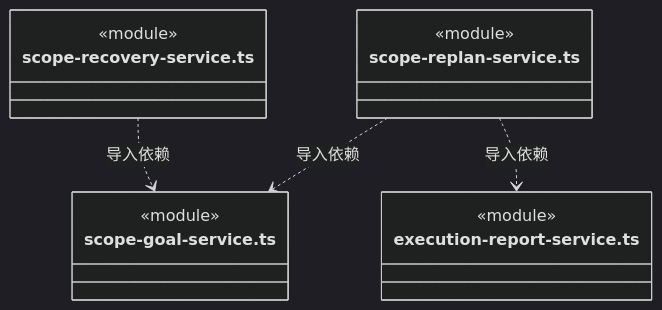
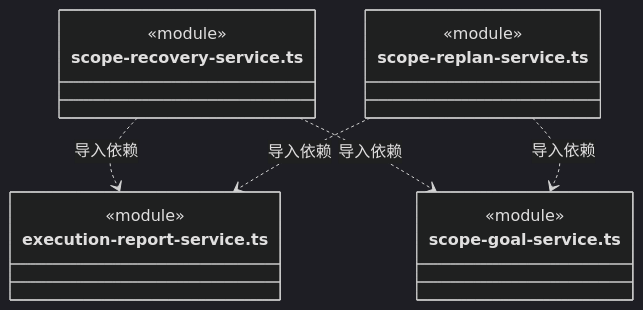
Diagram 37 of 40 in src/backend/scheduler-engine/execution/ARCHITECTURE.md (nan023062/cbim), drawn with Mermaid (dark theme) before and after one commit. The commit also changed other lines of this file and 46 other files, not shown here.

````diff
--- a/src/backend/scheduler-engine/execution/ARCHITECTURE.md
+++ b/src/backend/scheduler-engine/execution/ARCHITECTURE.md
@@ -986,18 +1007,19 @@
 ```mermaid
 classDiagram
 class N_src_backend_scheduler_engine_execution_scope_recovery_service_ts["scope-recovery-service.ts"] {
+  <<module>>
+}
+class N_src_backend_scheduler_engine_execution_execution_report_service_ts["execution-report-service.ts"] {
   <<module>>
 }
 class N_src_backend_scheduler_engine_execution_scope_goal_service_ts["scope-goal-service.ts"] {
   <<module>>
 }
 class N_src_backend_scheduler_engine_execution_scope_replan_service_ts["scope-replan-service.ts"] {
   <<module>>
 }
-class N_src_backend_scheduler_engine_execution_execution_report_service_ts["execution-report-service.ts"] {
-  <<module>>
-}
+N_src_backend_scheduler_engine_execution_scope_recovery_service_ts ..> N_src_backend_scheduler_engine_execution_execution_report_service_ts : 导入依赖
 N_src_backend_scheduler_engine_execution_scope_recovery_service_ts ..> N_src_backend_scheduler_engine_execution_scope_goal_service_ts : 导入依赖
 N_src_backend_scheduler_engine_execution_scope_replan_service_ts ..> N_src_backend_scheduler_engine_execution_scope_goal_service_ts : 导入依赖
 N_src_backend_scheduler_engine_execution_scope_replan_service_ts ..> N_src_backend_scheduler_engine_execution_execution_report_service_ts : 导入依赖
 ```
````
